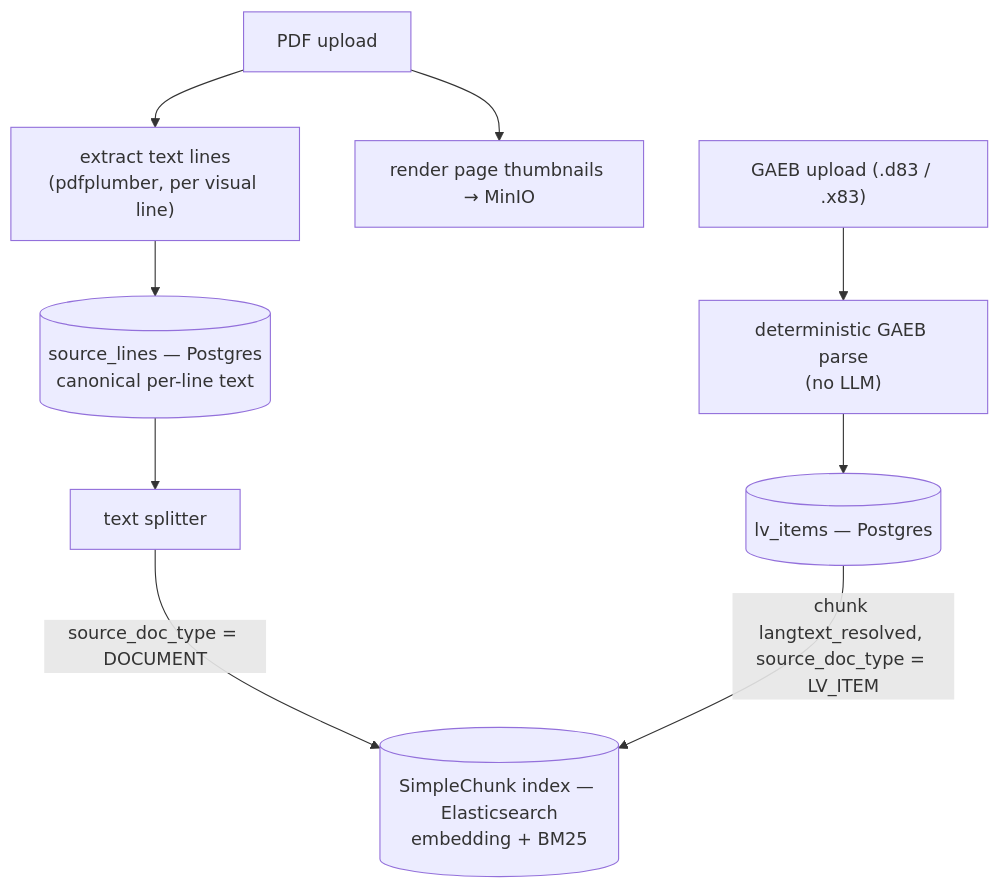
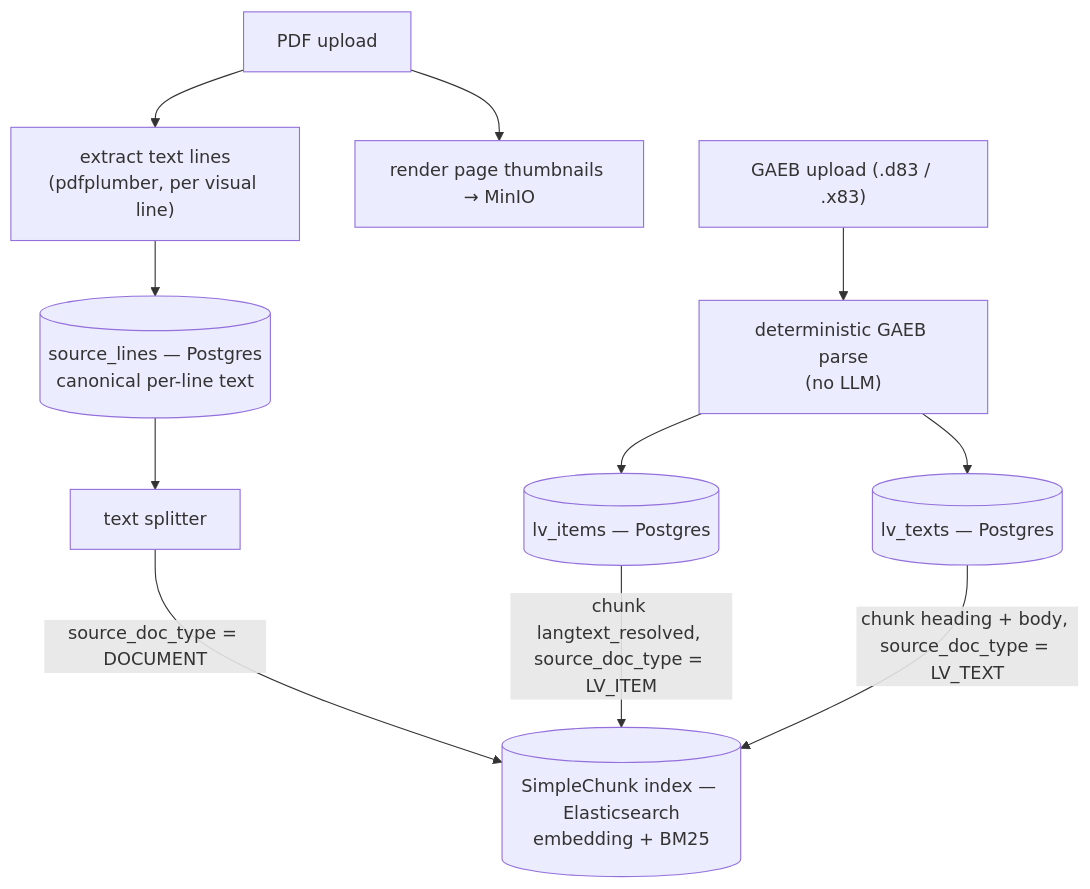
One commit to arthurshen74/strassenbau-vergabe-assistant changed the first of 7 diagrams in AI_ARCHITECTURE.md. Above: the diagram before and after it, drawn with Mermaid. The commit also changed other lines of this file and 46 other files, not shown here.

````diff
--- a/AI_ARCHITECTURE.md
+++ b/AI_ARCHITECTURE.md
@@ -17,11 +17,13 @@
 ```mermaid
 flowchart TD
     PDF["PDF upload"] --> EX["extract text lines<br/>(pdfplumber, per visual line)"]
     EX --> SL[("source_lines — Postgres<br/>canonical per-line text")]
     PDF --> TH["render page thumbnails → MinIO"]
     SL --> SPL["text splitter"]
     SPL -->|"source_doc_type = DOCUMENT"| SC[("SimpleChunk index — Elasticsearch<br/>embedding + BM25")]
     GAEB["GAEB upload (.d83 / .x83)"] --> GP["deterministic GAEB parse<br/>(no LLM)"]
     GP --> LVI[("lv_items — Postgres")]
+    GP --> LVT[("lv_texts — Postgres")]
     LVI -->|"chunk langtext_resolved, source_doc_type = LV_ITEM"| SC
+    LVT -->|"chunk heading + body, source_doc_type = LV_TEXT"| SC
 ```
````
